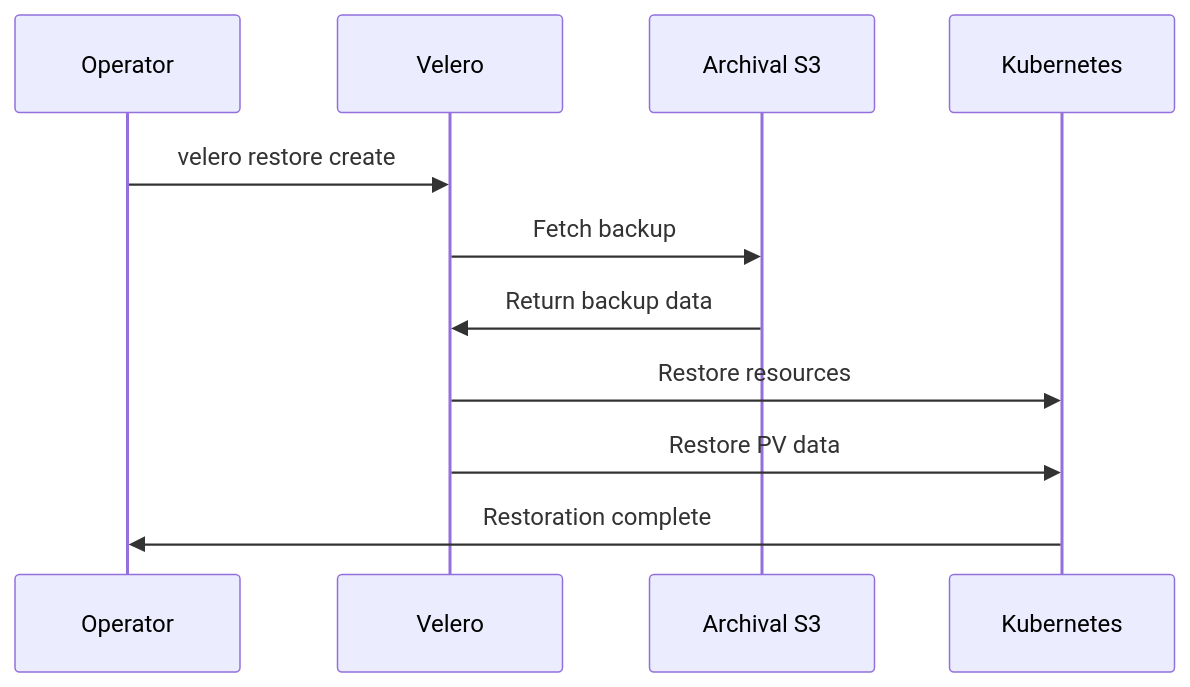
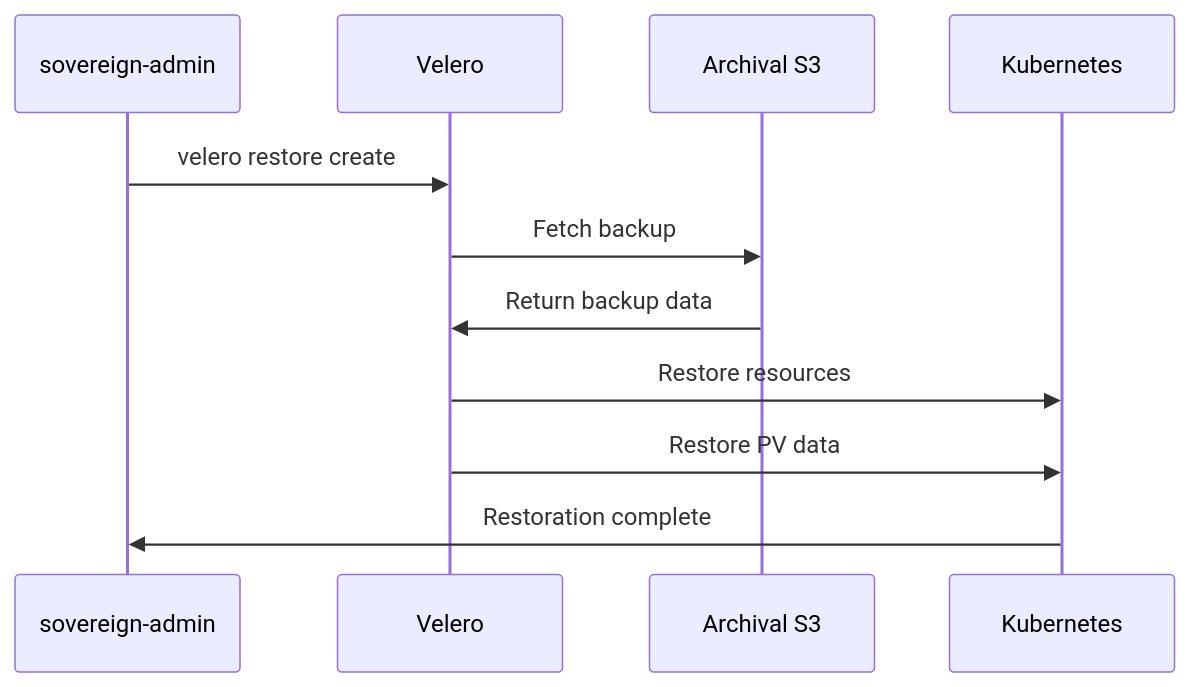
The third of 3 diagrams in platform/velero/README.md (openova-io/openova), drawn with Mermaid before and after one commit. The commit also changed other lines of this file and 101 other files, not shown here.

````diff
--- a/platform/velero/README.md
+++ b/platform/velero/README.md
@@ -198,14 +189,14 @@
 ```mermaid
 sequenceDiagram
-    participant Op as Operator
+    participant Op as sovereign-admin
     participant Velero as Velero
     participant S3 as Archival S3
     participant K8s as Kubernetes
 
     Op->>Velero: velero restore create
     Velero->>S3: Fetch backup
     S3->>Velero: Return backup data
     Velero->>K8s: Restore resources
     Velero->>K8s: Restore PV data
     K8s->>Op: Restoration complete
 ```
````
